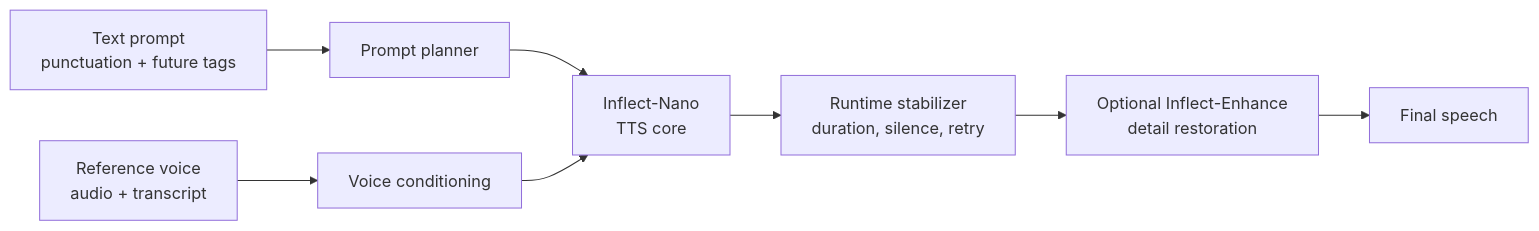
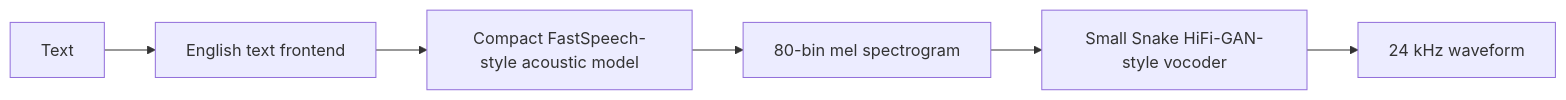
One commit to owenawsong/Inflect changed the first of 2 diagrams in README.md. Above: the diagram before and after it, drawn with Mermaid. The commit also changed other lines of this file, not shown here.

Commit message:
Update README to match Inflect-Nano-v1 HF release

````diff
--- a/README.md
+++ b/README.md
@@ -70,10 +92,8 @@
 ```mermaid
 flowchart LR
-  V["Reference voice<br/>audio + transcript"] --> C["Voice conditioning"]
-  T["Text prompt<br/>punctuation + future tags"] --> P["Prompt planner"]
-  P --> G["Inflect-Nano<br/>TTS core"]
-  C --> G
-  G --> S["Runtime stabilizer<br/>duration, silence, retry"]
-  S --> E["Optional Inflect-Enhance<br/>detail restoration"]
-  E --> O["Final speech"]
+  A["Text"] --> B["English text frontend"]
+  B --> C["Compact FastSpeech-style acoustic model"]
+  C --> D["80-bin mel spectrogram"]
+  D --> E["Small Snake HiFi-GAN-style vocoder"]
+  E --> F["24 kHz waveform"]
 ```
````
